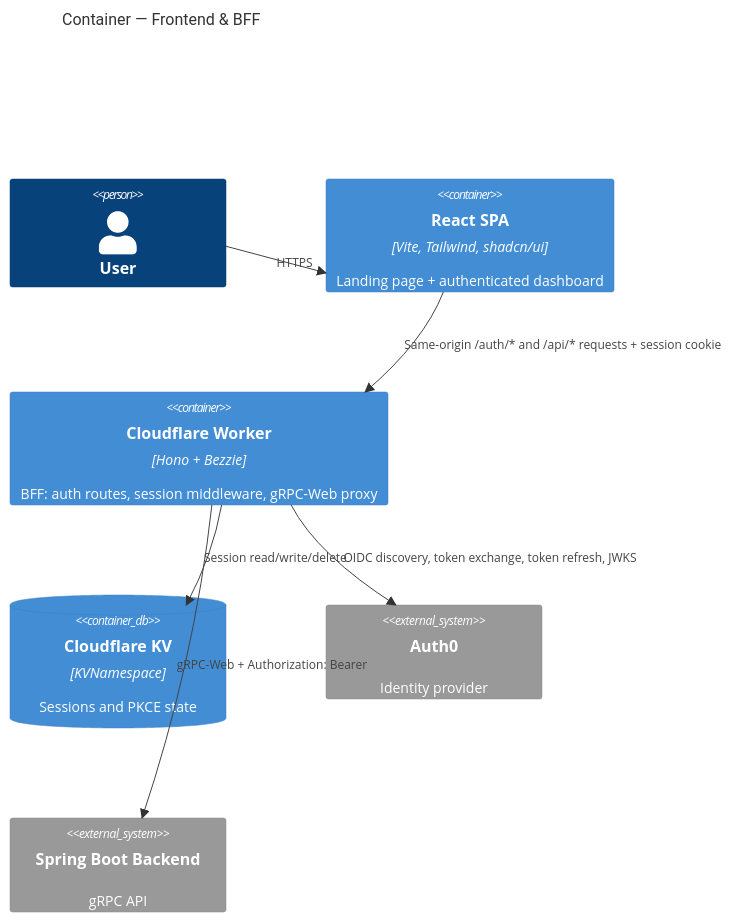
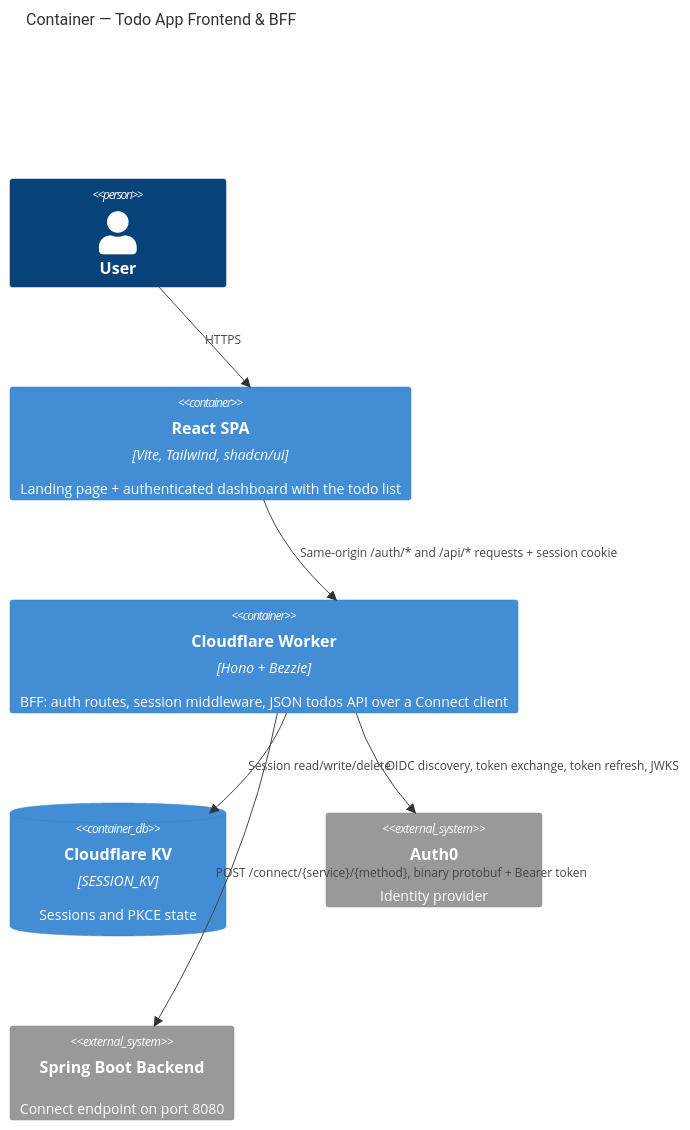
Before and after one commit to neilpmas/todo-app-frontend: the second of 2 diagrams in README.md, drawn with Mermaid. The commit also changed other lines of this file, not shown here.

First line of the commit message:
docs: rewrite README for the real Connect architecture

````diff
--- a/README.md
+++ b/README.md
@@ -56,17 +64,17 @@
 ```mermaid
 C4Container
-  title Container — Frontend & BFF
+  title Container — Todo App Frontend & BFF
 
   Person(user, "User")
-  Container(spa, "React SPA", "Vite, Tailwind, shadcn/ui", "Landing page + authenticated dashboard")
-  Container(worker, "Cloudflare Worker", "Hono + Bezzie", "BFF: auth routes, session middleware, gRPC-Web proxy")
-  ContainerDb(kv, "Cloudflare KV", "KVNamespace", "Sessions and PKCE state")
+  Container(spa, "React SPA", "Vite, Tailwind, shadcn/ui", "Landing page + authenticated dashboard with the todo list")
+  Container(worker, "Cloudflare Worker", "Hono + Bezzie", "BFF: auth routes, session middleware, JSON todos API over a Connect client")
+  ContainerDb(kv, "Cloudflare KV", "SESSION_KV", "Sessions and PKCE state")
   System_Ext(idp, "Auth0", "Identity provider")
-  System_Ext(backend, "Spring Boot Backend", "gRPC API")
+  System_Ext(backend, "Spring Boot Backend", "Connect endpoint on port 8080")
 
   Rel(user, spa, "HTTPS")
   Rel(spa, worker, "Same-origin /auth/* and /api/* requests + session cookie")
   Rel(worker, kv, "Session read/write/delete")
   Rel(worker, idp, "OIDC discovery, token exchange, token refresh, JWKS")
-  Rel(worker, backend, "gRPC-Web + Authorization: Bearer")
+  Rel(worker, backend, "POST /connect/{service}/{method}, binary protobuf + Bearer token")
 ```
````
